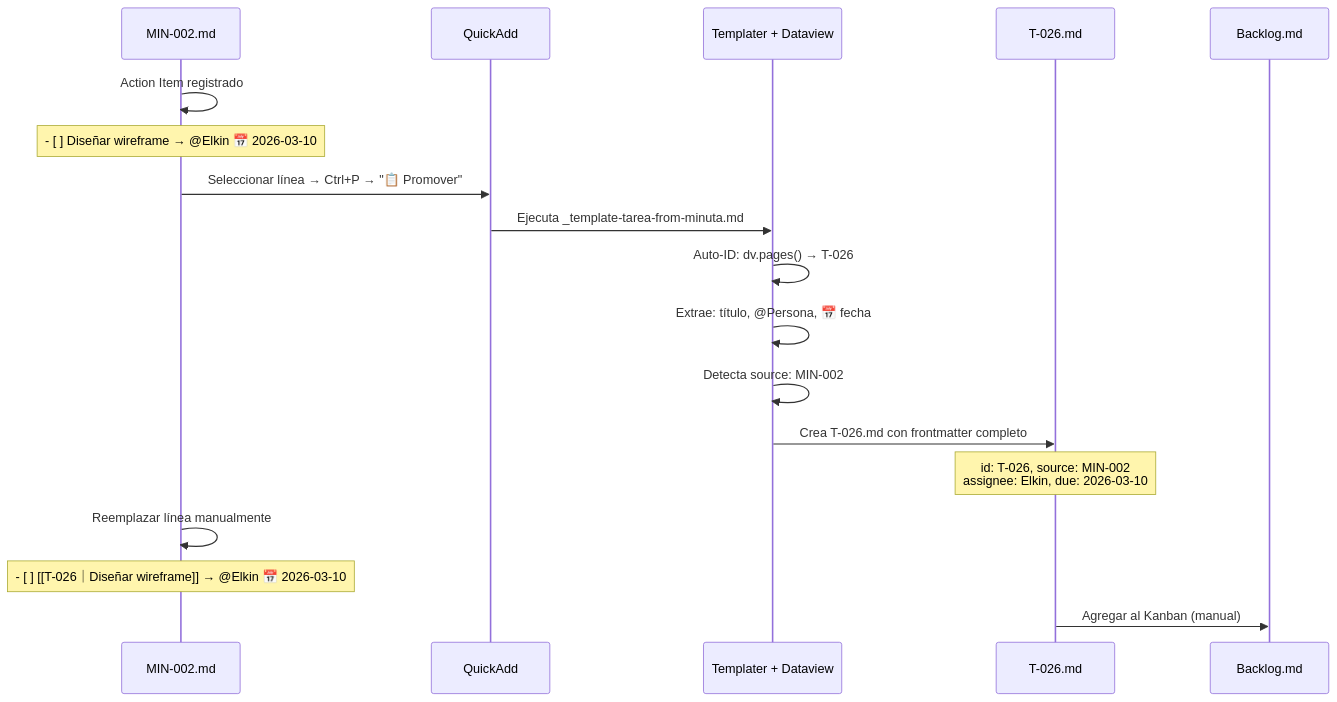
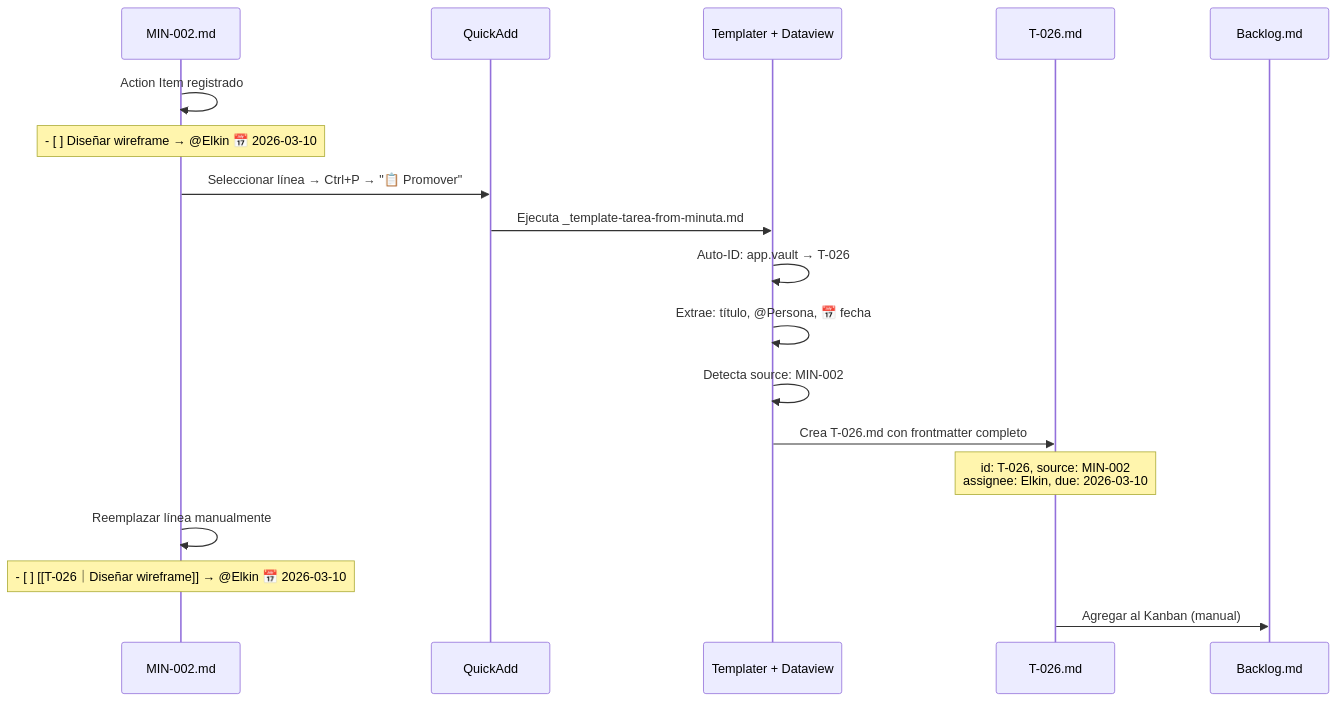
Before and after one commit to yonrasgg/RAICES_VIVAS: the third of 6 diagrams in 01-Proyecto/Guía de Workflow.md, drawn with Mermaid. The commit also changed other lines of this file and 16 other files, not shown here.

````diff
--- a/01-Proyecto/Guía de Workflow.md
+++ b/01-Proyecto/Guía de Workflow.md
@@ -1123,21 +1123,21 @@
 ```mermaid
 sequenceDiagram
     participant M as MIN-002.md
     participant QA as QuickAdd
     participant TP as Templater + Dataview
     participant T as T-026.md
     participant BK as Backlog.md
 
     M->>M: Action Item registrado
     Note over M: - [ ] Diseñar wireframe → @Elkin 📅 2026-03-10
     M->>QA: Seleccionar línea → Ctrl+P → "📋 Promover"
     QA->>TP: Ejecuta _template-tarea-from-minuta.md
-    TP->>TP: Auto-ID: dv.pages() → T-026
+    TP->>TP: Auto-ID: app.vault → T-026
     TP->>TP: Extrae: título, @Persona, 📅 fecha
     TP->>TP: Detecta source: MIN-002
     TP->>T: Crea T-026.md con frontmatter completo
     Note over T: id: T-026, source: MIN-002<br/>assignee: Elkin, due: 2026-03-10
     M->>M: Reemplazar línea manualmente
     Note over M: - [ ] [[T-026｜Diseñar wireframe]] → @Elkin 📅 2026-03-10
     T->>BK: Agregar al Kanban (manual)
 ```
````
